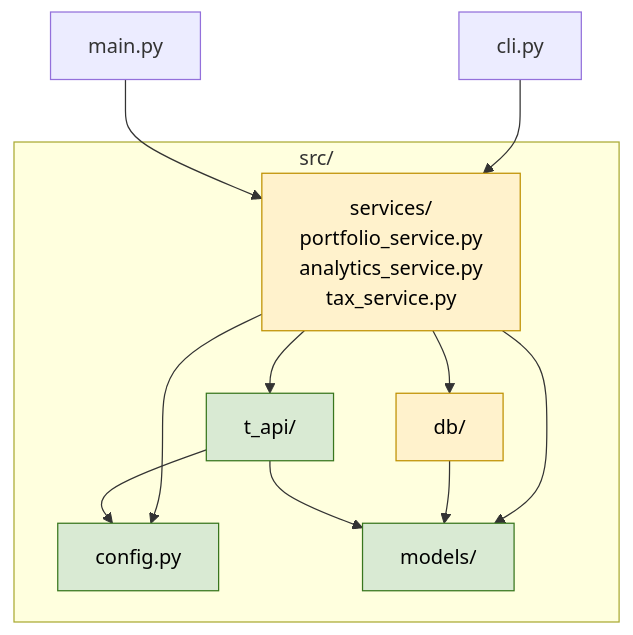
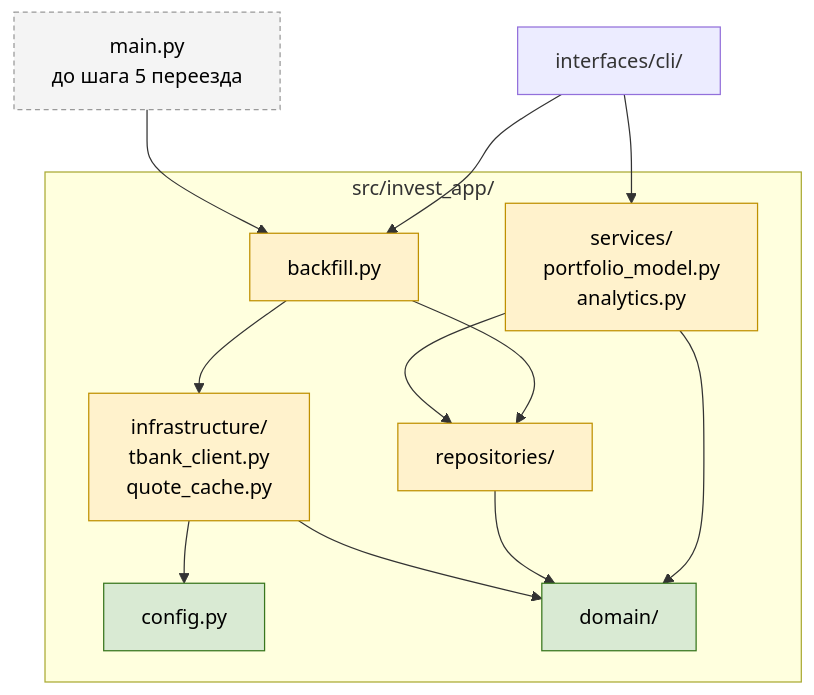
Before and after one commit to alexande-popov/T-I: the fourth of 15 diagrams in docs/arch/logic_arch.md, drawn with Mermaid. The commit also changed other lines of this file and 3 other files, not shown here.

````diff
--- a/docs/arch/logic_arch.md
+++ b/docs/arch/logic_arch.md
@@ -403,29 +467,33 @@
 ```mermaid
 flowchart TD
-    CLI["cli.py"]
-    MAIN["main.py"]
+    CLI["interfaces/cli/"]
+    MAIN["main.py<br/>до шага 5 переезда"]
 
-    subgraph SRCDIR["src/"]
+    subgraph PKG["src/invest_app/"]
         CFG["config.py"]
-        MODELS["models/"]
-        TAPI["t_api/"]
-        DB["db/"]
-        SVC["services/<br/>portfolio_service.py<br/>analytics_service.py<br/>tax_service.py"]
+        BF["backfill.py"]
+        DOM["domain/"]
+        REPO["repositories/"]
+        SVC["services/<br/>portfolio_model.py<br/>analytics.py"]
+        INF["infrastructure/<br/>tbank_client.py<br/>quote_cache.py"]
     end
 
     CLI --> SVC
-    MAIN --> SVC
-    SVC --> DB
-    SVC --> TAPI
-    SVC --> CFG
-    SVC --> MODELS
-    DB --> MODELS
-    TAPI --> MODELS
-    TAPI --> CFG
+    CLI --> BF
+    MAIN --> BF
+    BF --> INF
+    BF --> REPO
+    SVC --> REPO
+    SVC --> DOM
+    REPO --> DOM
+    INF --> DOM
+    INF --> CFG
 
     classDef have fill:#d9ead3,stroke:#38761d,color:#000
     classDef build fill:#fff2cc,stroke:#bf9000,color:#000
+    classDef gone fill:#f4f4f4,stroke:#999,color:#000,stroke-dasharray:4 3
 
-    class CFG,MODELS,TAPI have
-    class DB,SVC build
+    class CFG,DOM have
+    class BF,REPO,SVC,INF build
+    class MAIN gone
 ```
````
